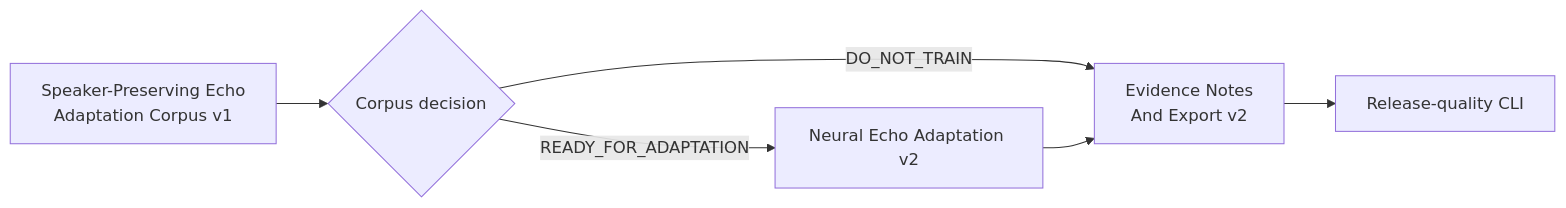
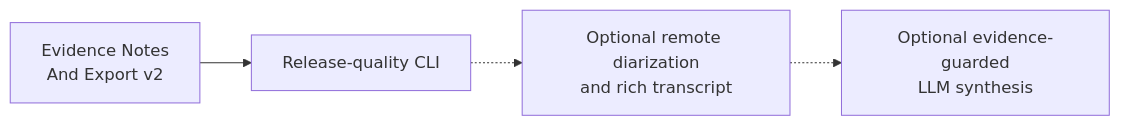
One commit to asukhodko/murmurmark changed the diagram in docs/project/current-goal.md. Above: the diagram before and after it, drawn with Mermaid. The commit also changed other lines of this file and 15 other files, not shown here.

Commit message:
feat: evaluate speaker-preserving echo corpus

````diff
--- a/docs/project/current-goal.md
+++ b/docs/project/current-goal.md
@@ -97,13 +98,11 @@
 ```mermaid
 flowchart LR
-    A["Speaker-Preserving Echo<br/>Adaptation Corpus v1"]
-    B{"Corpus decision"}
-    C["Neural Echo Adaptation v2"]
-    D["Evidence Notes<br/>And Export v2"]
-    E["Release-quality CLI"]
+    A["Evidence Notes<br/>And Export v2"]
+    B["Release-quality CLI"]
+    C["Optional remote diarization<br/>and rich transcript"]
+    D["Optional evidence-guarded<br/>LLM synthesis"]
 
     A --> B
-    B -->|"READY_FOR_ADAPTATION"| C
-    B -->|"DO_NOT_TRAIN"| D
-    C --> D --> E
+    B -.-> C
+    C -.-> D
 ```
````
